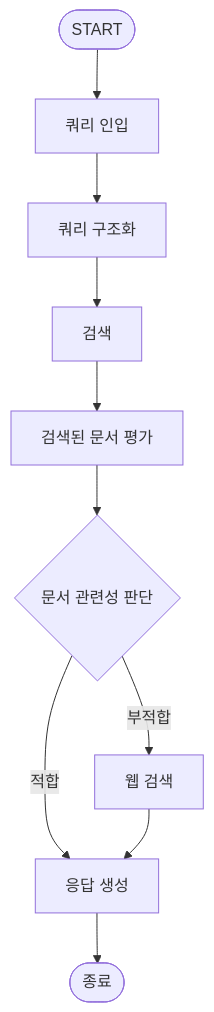
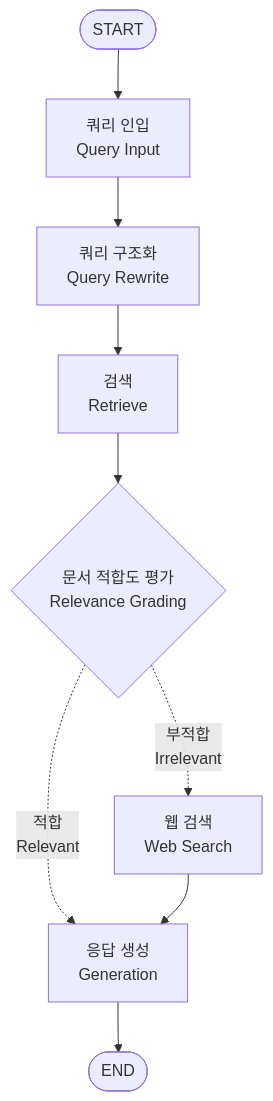
Before and after one commit to yainage90/restaurant-search-llm-agent: the diagram in README.md, drawn with Mermaid.

Commit message:
mermaid chart 수정

````diff
--- a/README.md
+++ b/README.md
@@ -13,12 +13,19 @@
 ```mermaid
 flowchart TD
-    A([START]) --> B[쿼리 인입];
-    B --> C[쿼리 구조화];
-    C --> D[검색];
-    D --> E[검색된 문서 평가];
-    E --> F{문서 관련성 판단};
-    F -- "적합" --> G[응답 생성];
-    F -- "부적합" --> H[웹 검색];
+    A([START]) --> B[쿼리 인입
+    Query Input];
+    B --> C[쿼리 구조화
+    Query Rewrite];
+    C --> D[검색
+    Retrieve];
+    D --> F{문서 적합도 평가
+    Relevance Grading};
+    F -. "적합
+    Relevant" .-> G[응답 생성
+    Generation];
+    F -. "부적합
+    Irrelevant" .-> H[웹 검색
+    Web Search];
     H --> G;
-    G --> I([종료]);
+    G --> I([END]);
 ```
````
